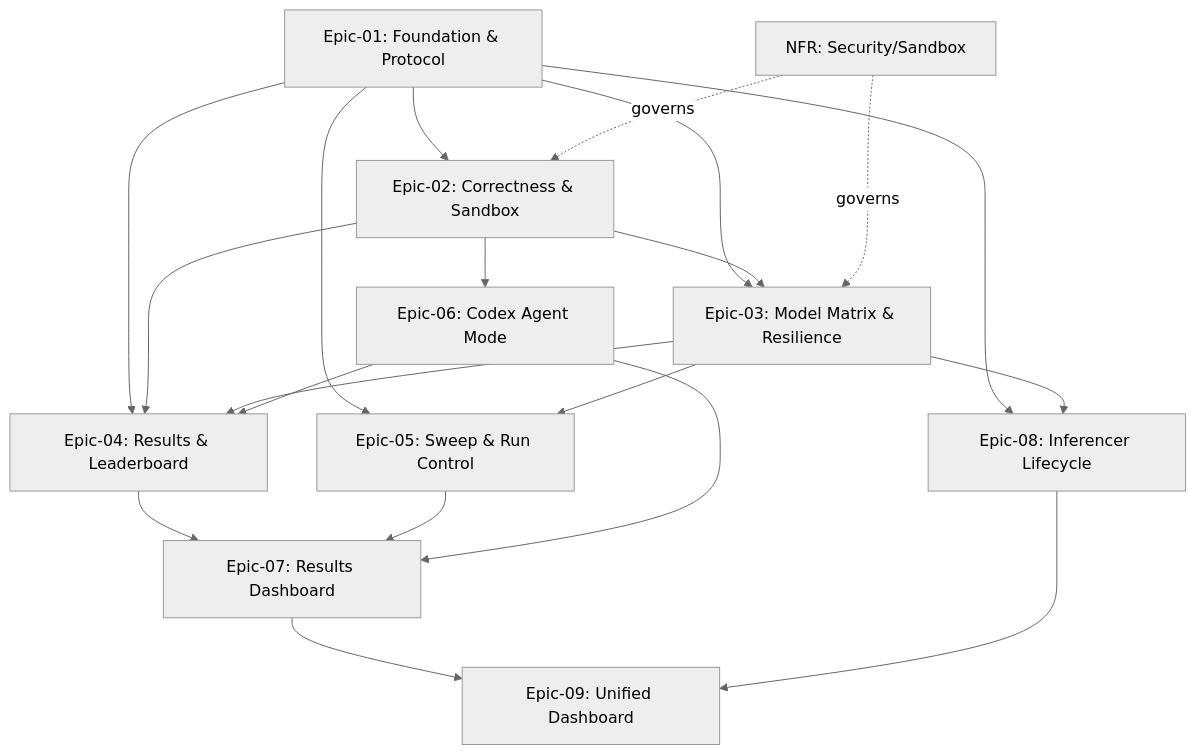
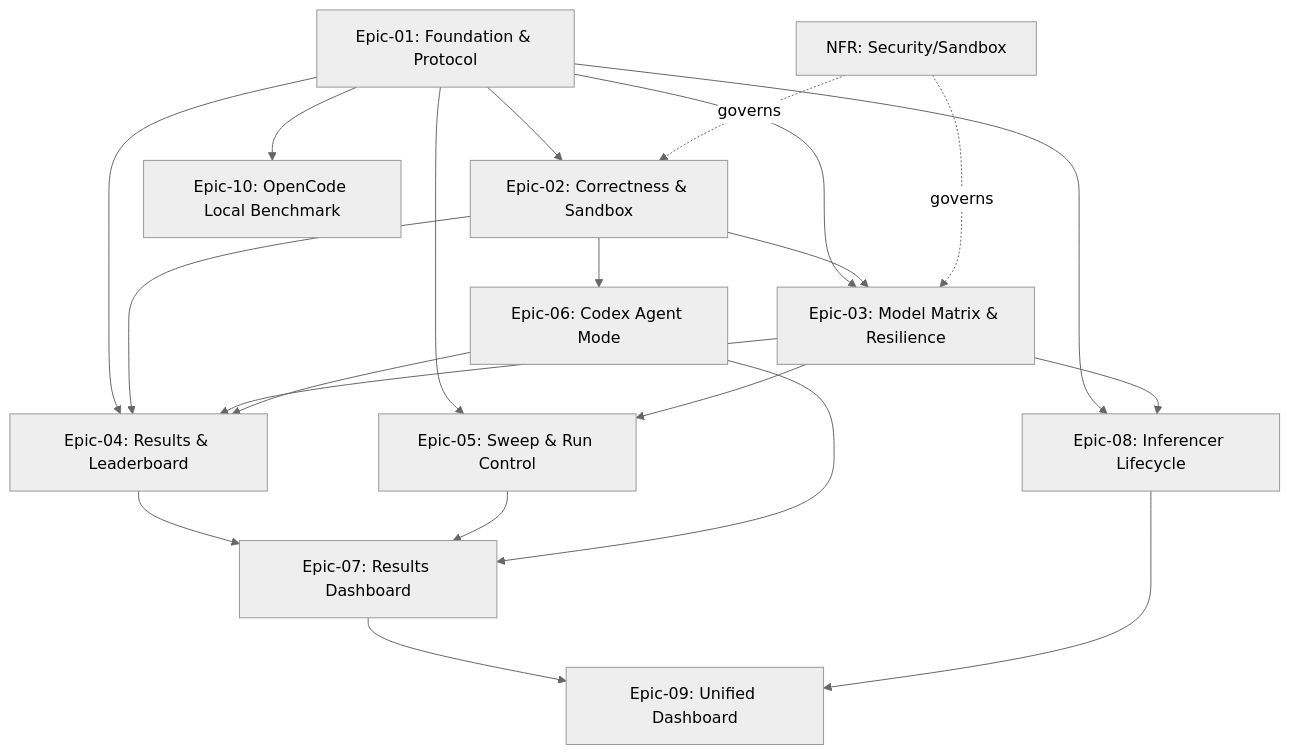
One commit to fxmartin/local-claude-code changed the diagram in docs/STORIES.md. Above: the diagram before and after it, drawn with Mermaid (neutral theme). The commit also changed other lines of this file and 1 other file, not shown here.

First line of the commit message:
docs: add Epic-10 (LLMBENCH-1) OpenCode local benchmark stories

````diff
--- a/docs/STORIES.md
+++ b/docs/STORIES.md
@@ -79,22 +81,23 @@
 ```mermaid
 graph TD
     E01[Epic-01: Foundation & Protocol] --> E02[Epic-02: Correctness & Sandbox]
     E01 --> E03[Epic-03: Model Matrix & Resilience]
     E02 --> E03
     E01 --> E04[Epic-04: Results & Leaderboard]
     E02 --> E04
     E03 --> E04
     E02 --> E06[Epic-06: Codex Agent Mode]
     E06 --> E04
     E01 --> E05[Epic-05: Sweep & Run Control]
     E03 --> E05
     E04 --> E07[Epic-07: Results Dashboard]
     E05 --> E07
     E06 --> E07
     E01 --> E08[Epic-08: Inferencer Lifecycle]
     E03 --> E08
     E07 --> E09[Epic-09: Unified Dashboard]
     E08 --> E09
+    E01 --> E10[Epic-10: OpenCode Local Benchmark]
     NFR[NFR: Security/Sandbox] -.governs.-> E02
     NFR -.governs.-> E03
 ```
````
